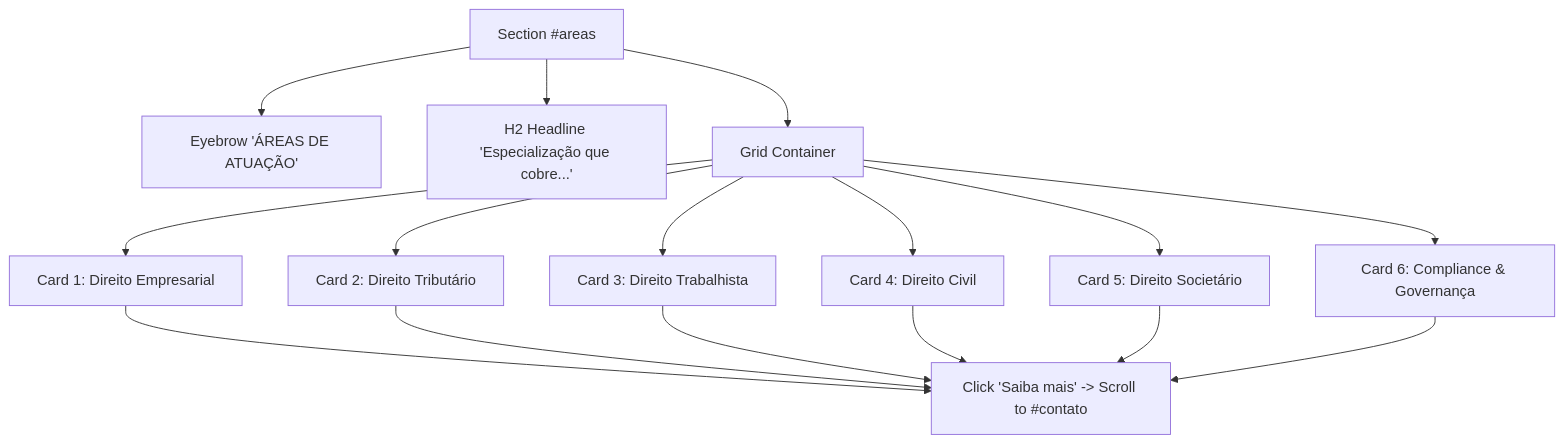
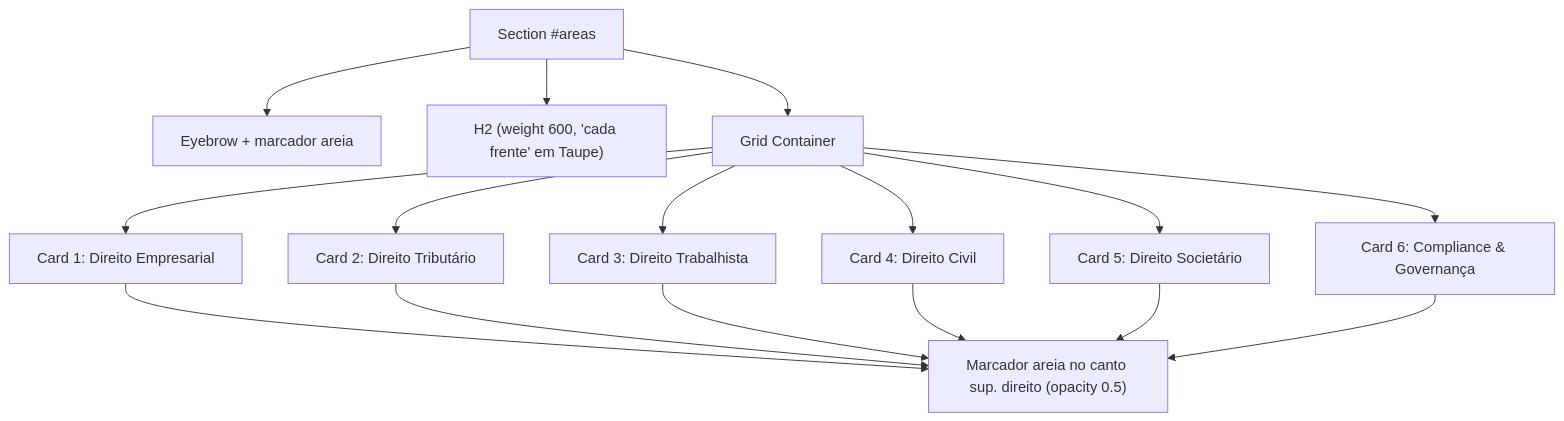
Before and after one commit to MaxxTak/landing-page: the diagram in docs/specs/SPEC-US-04-areas-de-atuacao.md, drawn with Mermaid. The commit also changed other lines of this file and 48 other files, not shown here.

````diff
--- a/docs/specs/SPEC-US-04-areas-de-atuacao.md
+++ b/docs/specs/SPEC-US-04-areas-de-atuacao.md
@@ -19,13 +25,13 @@
 ```mermaid
 graph TD
-    A[Section #areas] --> B[Eyebrow 'ÁREAS DE ATUAÇÃO']
-    A --> C[H2 Headline 'Especialização que cobre...']
+    A[Section #areas] --> B[Eyebrow + marcador areia]
+    A --> C["H2 (weight 600, 'cada frente' em Taupe)"]
     A --> D[Grid Container]
     D --> E1[Card 1: Direito Empresarial]
     D --> E2[Card 2: Direito Tributário]
     D --> E3[Card 3: Direito Trabalhista]
     D --> E4[Card 4: Direito Civil]
     D --> E5[Card 5: Direito Societário]
     D --> E6[Card 6: Compliance & Governança]
-    E1 & E2 & E3 & E4 & E5 & E6 --> F[Click 'Saiba mais' -> Scroll to #contato]
+    E1 & E2 & E3 & E4 & E5 & E6 --> F["Marcador areia no canto sup. direito (opacity 0.5)"]
 ```
````
